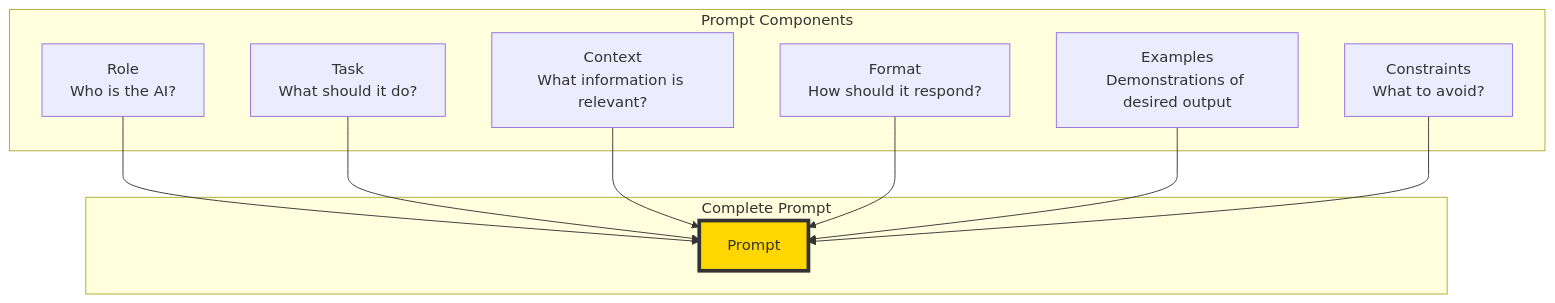
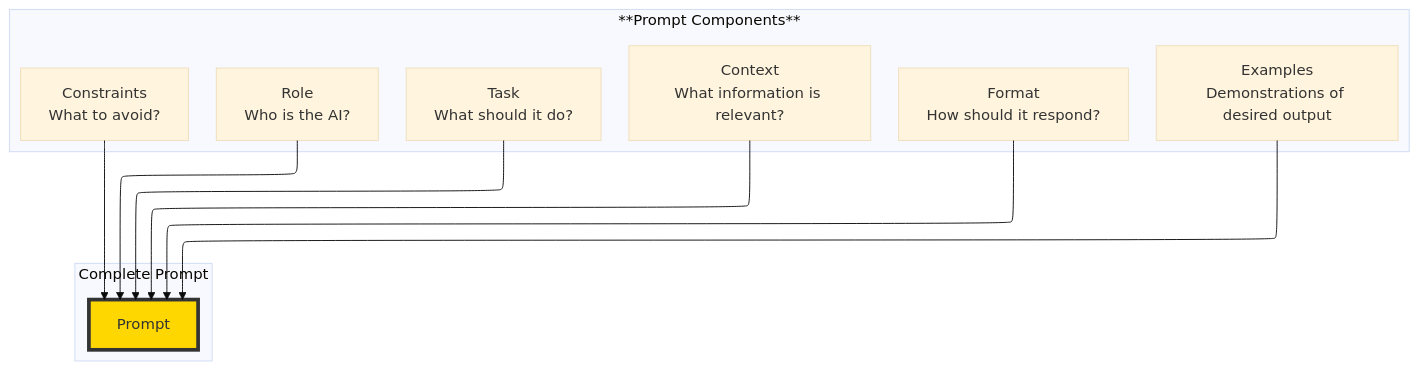
The first of 2 diagrams in The 2026 AI Metromap/The 2026 AI Metromap: Prompt Engineering 101 – The Art of Talking to AI.md (Vineet-Sharma-Medium-Stories/Medium-Build-Tool), drawn with Mermaid before and after one commit. The commit also changed other lines of this file and 37 other files, not shown here.

````diff
--- a/The 2026 AI Metromap/The 2026 AI Metromap: Prompt Engineering 101 – The Art of Talking to AI.md
+++ b/The 2026 AI Metromap/The 2026 AI Metromap: Prompt Engineering 101 – The Art of Talking to AI.md
@@ -88,22 +88,27 @@
 ```mermaid
+---
+config:
+  theme: base
+  layout: elk
+---
 graph TD
-    subgraph "Prompt Components"
+    subgraph "**Prompt Components**"
         R[Role<br/>Who is the AI?]
         T[Task<br/>What should it do?]
         C[Context<br/>What information is relevant?]
         F[Format<br/>How should it respond?]
         E[Examples<br/>Demonstrations of desired output]
         X[Constraints<br/>What to avoid?]
     end
     
     subgraph "Complete Prompt"
         R --> P[Prompt]
         T --> P
         C --> P
         F --> P
         E --> P
         X --> P
     end
     
     style P fill:#ffd700,stroke:#333,stroke-width:4px
 ```
````
